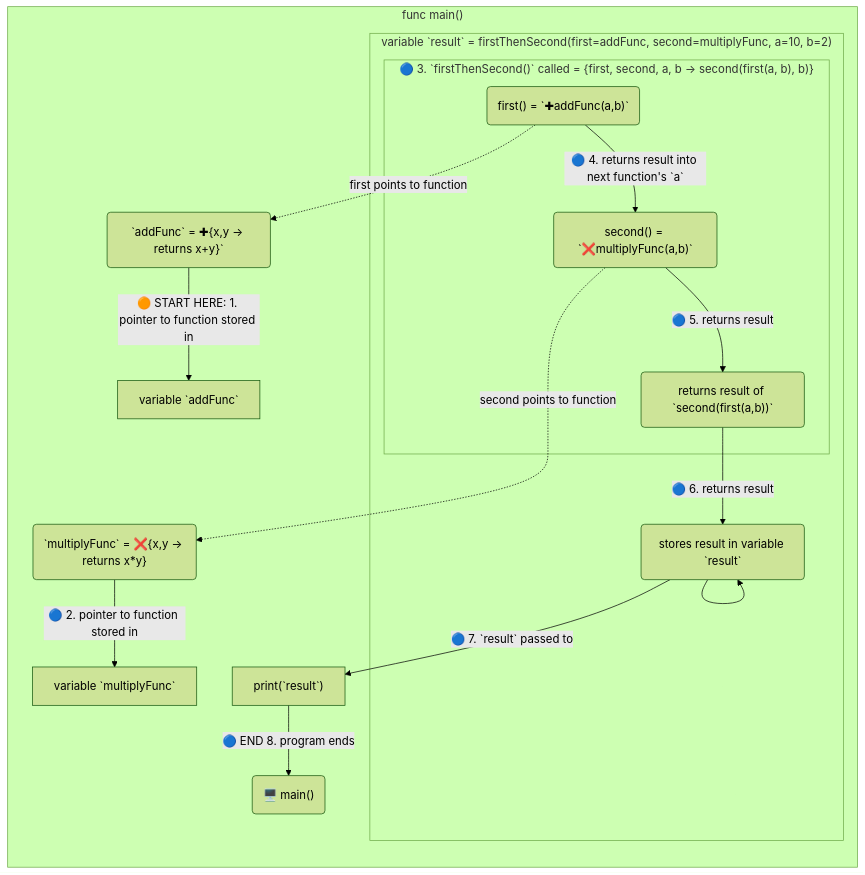
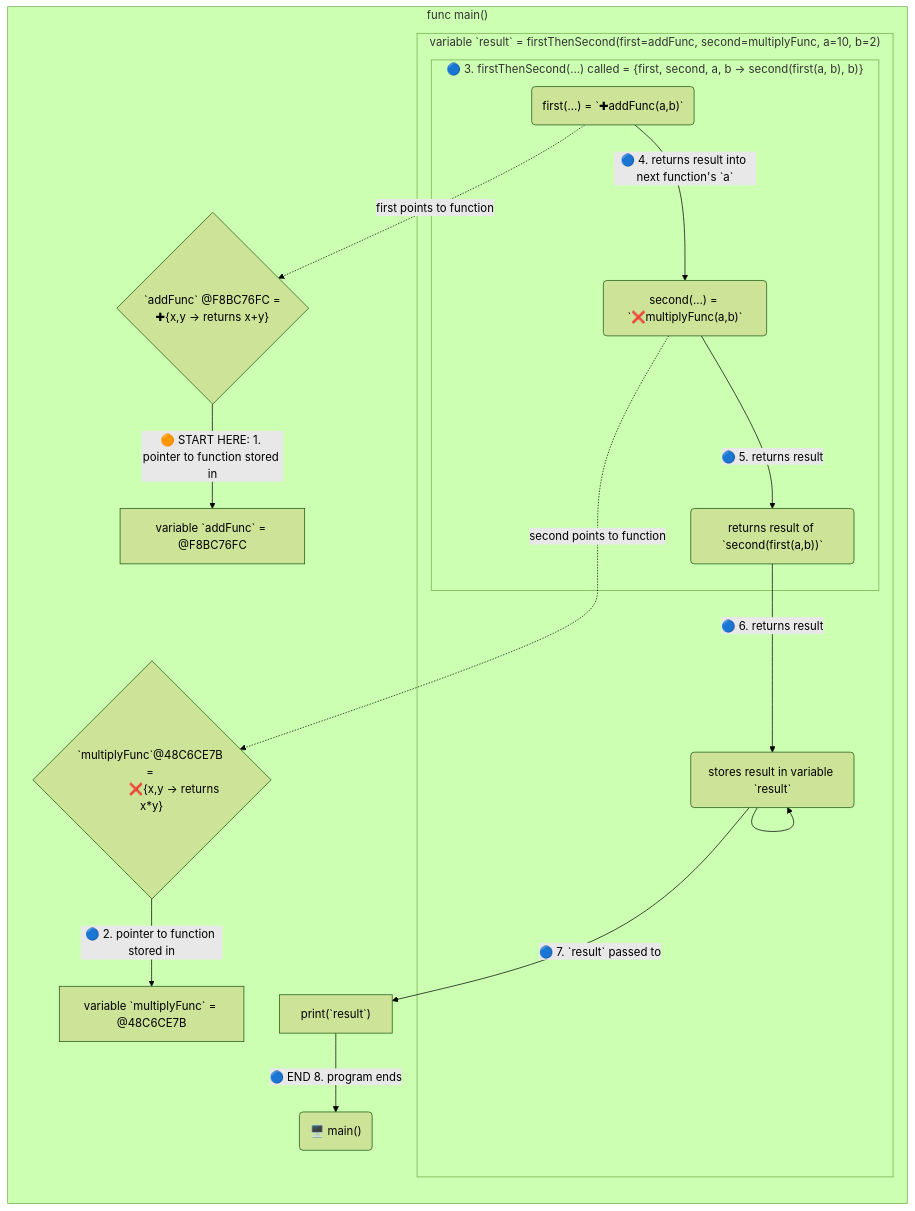
One commit to realityexpander/How_to_program_from_ground_up changed the diagram in 10-FunctionalProgramming.md. Above: the diagram before and after it, drawn with Mermaid (forest theme). The commit also changed other lines of this file, not shown here.

Commit message:
improve diagram

````diff
--- a/10-FunctionalProgramming.md
+++ b/10-FunctionalProgramming.md
@@ -42,23 +50,25 @@
 ```mermaid
  flowchart RL
  
  subgraph main["func main()"]
-    addFn(" `addFunc` = ✚{x,y -> returns x+y}`") -->|🟠 START HERE: 1. pointer to function stored in| X["variable `addFunc`"]
-    multiplyFn(" `multiplyFunc` = ❌{x,y -> returns x*y}") -->|🔵 2. pointer to function stored in| Y["variable `multiplyFunc`"]
+    addFn{" `addFunc` @F8BC76FC = 
+           ✚{x,y -> returns x+y} "} -->|🟠 START HERE: 1. pointer to function stored in| X["variable `addFunc` = @F8BC76FC"]
+    multiplyFn{" `multiplyFunc`@48C6CE7B = 
+                ❌{x,y -> returns x*y}"} -->|🔵 2. pointer to function stored in| Y["variable `multiplyFunc` = @48C6CE7B"]
     first -.->|first points to function| addFn
     second -..->|second points to function| multiplyFn
     subgraph result[" variable `result` = firstThenSecond(first=addFunc, second=multiplyFunc, a=10, b=2)"]
-       subgraph firstThenSecond[" 🔵 3. `firstThenSecond()` called = {first, second, a, b -> second(first(a, b), b)}"]
-          first("first() = `✚addFunc(a,b)`")-->|🔵 4. returns result into next function's `a` | second
-          second("second() = `❌multiplyFunc(a,b)`") -->|🔵 5. returns result| D
+       subgraph firstThenSecond[" 🔵 3. firstThenSecond(…) called = {first, second, a, b -> second(first(a, b), b)}"]
+          first("first(…) = `✚addFunc(a,b)`")-->|🔵 4. returns result into next function's `a` | second
+          second("second(…) = `❌multiplyFunc(a,b)`") -->|🔵 5. returns result| D
        end
        D("returns result of `second(first(a,b))`") -->|🔵 6. returns result| E
     end
     E("stores result in variable `result`") -->|🔵 7. `result` passed to| F
     E --> E
     F["print(`result`)"] -->|🔵 END 8. program ends| G
  end
  G("🖥️ main()")
  
  
  ```
````
